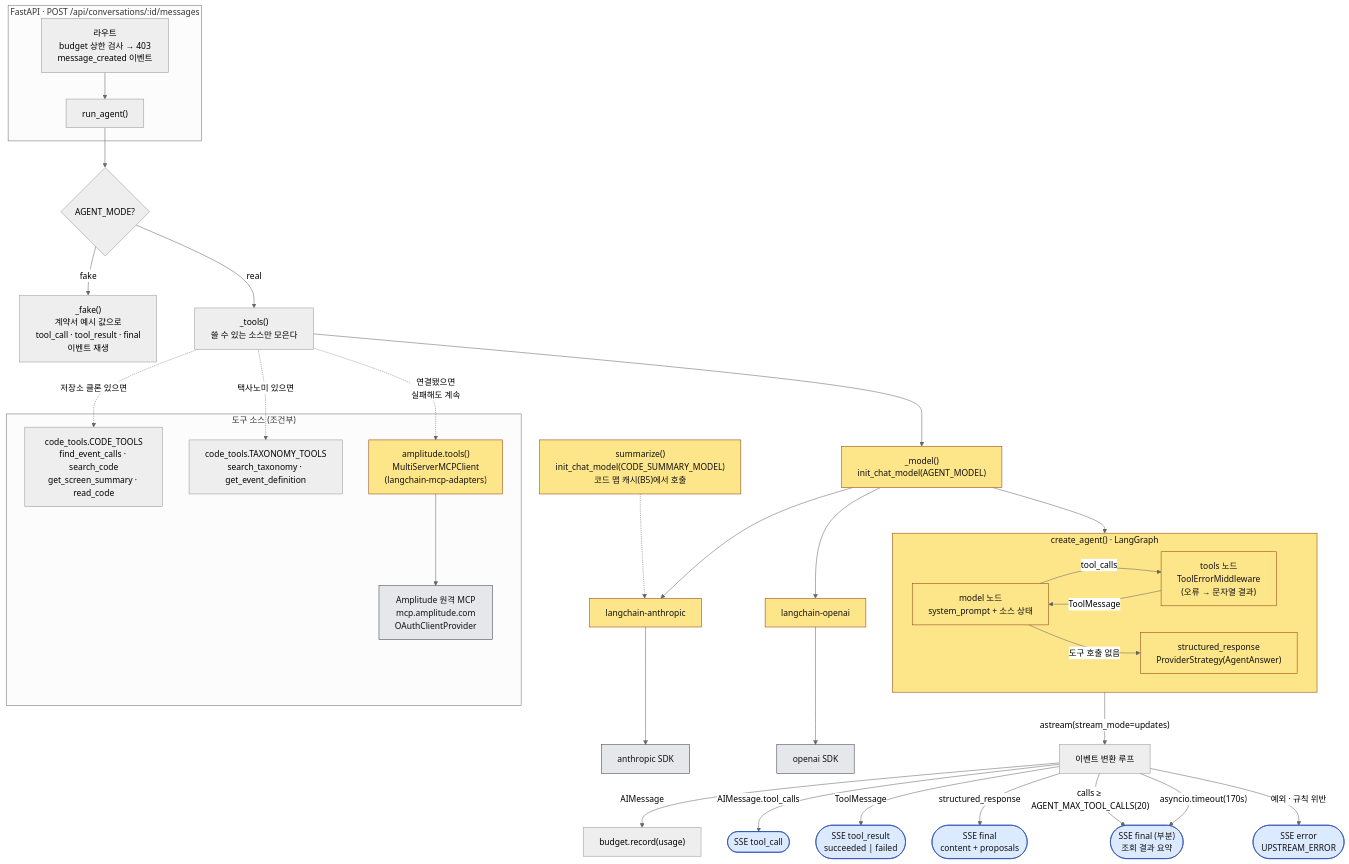
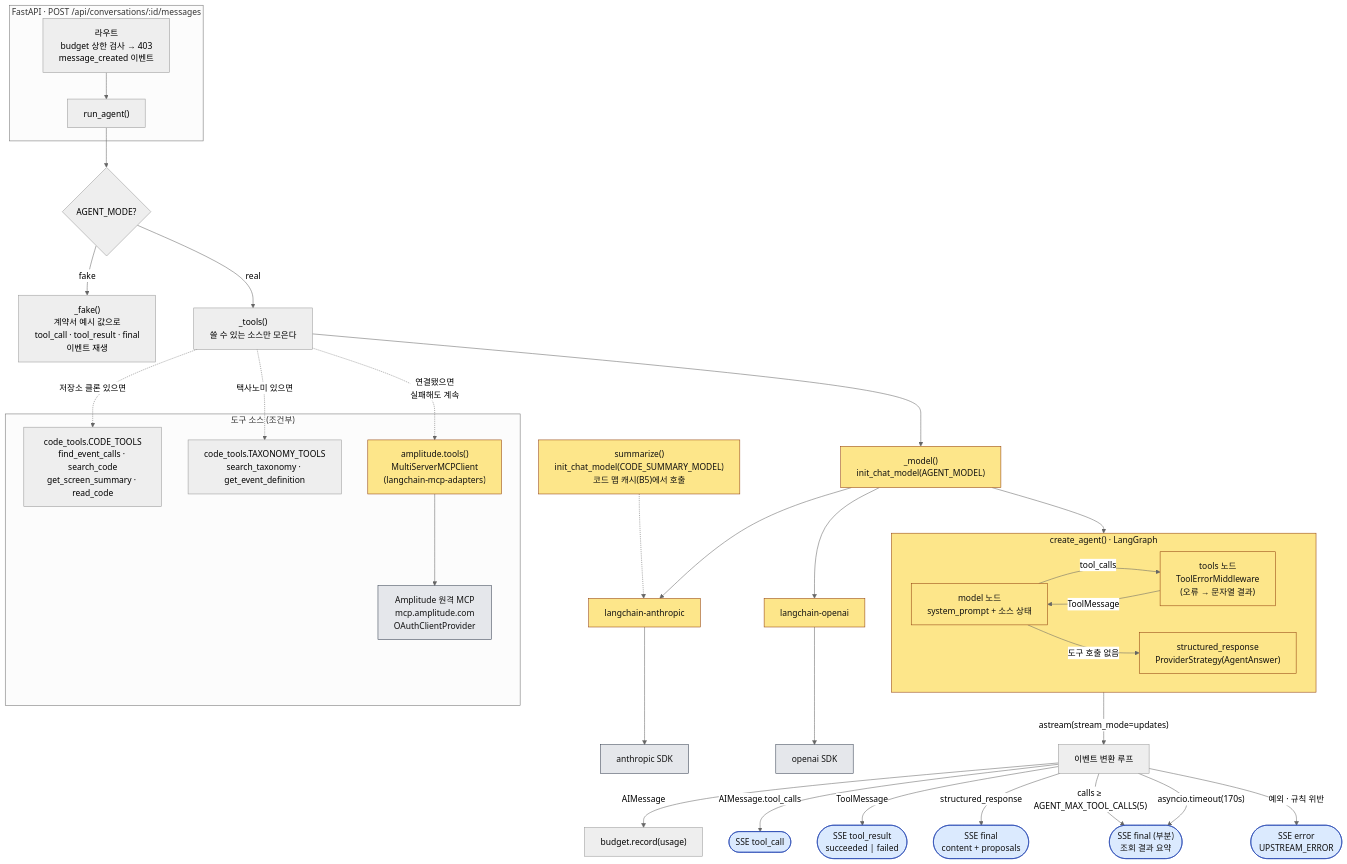
The diagram in docs/architecture/agent-loop-langchain.mmd (team-skyjs/kbap-pm-agent), drawn with Mermaid (neutral theme) before and after one commit. The commit also changed 13 other files, not shown here.

```diff
--- a/docs/architecture/agent-loop-langchain.mmd
+++ b/docs/architecture/agent-loop-langchain.mmd
@@ -1,49 +1,49 @@
 flowchart TD
     subgraph API["FastAPI · POST /api/conversations/:id/messages"]
         R["라우트<br/>budget 상한 검사 → 403<br/>message_created 이벤트"] --> RA["run_agent()"]
     end
 
     RA --> MODE{"AGENT_MODE?"}
     MODE -- fake --> FAKE["_fake()<br/>계약서 예시 값으로<br/>tool_call · tool_result · final<br/>이벤트 재생"]
     MODE -- real --> TOOLS["_tools()<br/>쓸 수 있는 소스만 모은다"]
 
     subgraph SRC["도구 소스 (조건부)"]
         CODE["code_tools.CODE_TOOLS<br/>find_event_calls · search_code<br/>get_screen_summary · read_code"]
         TAX["code_tools.TAXONOMY_TOOLS<br/>search_taxonomy · get_event_definition"]
         AMP["amplitude.tools()<br/>MultiServerMCPClient<br/>(langchain-mcp-adapters)"]
         AMP --> MCP["Amplitude 원격 MCP<br/>mcp.amplitude.com<br/>OAuthClientProvider"]
     end
     TOOLS -. 저장소 클론 있으면 .-> CODE
     TOOLS -. 택사노미 있으면 .-> TAX
     TOOLS -. 연결됐으면<br/>실패해도 계속 .-> AMP
 
     TOOLS --> MODEL["_model()<br/>init_chat_model(AGENT_MODEL)"]
     MODEL --> LCA["langchain-anthropic"] --> SDKA["anthropic SDK"]
     MODEL --> LCO["langchain-openai"] --> SDKO["openai SDK"]
 
     MODEL --> GRAPH
     subgraph GRAPH["create_agent() · LangGraph"]
         direction LR
         M["model 노드<br/>system_prompt + 소스 상태"] -- tool_calls --> T["tools 노드<br/>ToolErrorMiddleware<br/>(오류 → 문자열 결과)"]
         T -- ToolMessage --> M
         M -- 도구 호출 없음 --> SR["structured_response<br/>ProviderStrategy(AgentAnswer)"]
     end
 
     GRAPH -- "astream(stream_mode=updates)" --> LOOP["이벤트 변환 루프"]
     LOOP -- "AIMessage" --> U["budget.record(usage)"]
     LOOP -- "AIMessage.tool_calls" --> TC(["SSE tool_call"])
     LOOP -- "ToolMessage" --> TR(["SSE tool_result<br/>succeeded | failed"])
     LOOP -- "structured_response" --> FIN(["SSE final<br/>content + proposals"])
 
-    LOOP -- "calls ≥ AGENT_MAX_TOOL_CALLS(20)" --> PART(["SSE final (부분)<br/>조회 결과 요약"])
+    LOOP -- "calls ≥ AGENT_MAX_TOOL_CALLS(5)" --> PART(["SSE final (부분)<br/>조회 결과 요약"])
     LOOP -- "asyncio.timeout(170s)" --> PART
     LOOP -- "예외 · 규칙 위반" --> ERR(["SSE error<br/>UPSTREAM_ERROR"])
 
     SUM["summarize()<br/>init_chat_model(CODE_SUMMARY_MODEL)<br/>코드 맵 캐시(B5)에서 호출"] -.-> LCA
 
     classDef lc fill:#fde68a,stroke:#92400e,color:#111
     classDef out fill:#dbeafe,stroke:#1e40af,color:#111
     classDef ext fill:#e5e7eb,stroke:#374151,color:#111
     class MODEL,LCA,LCO,GRAPH,M,T,SR,AMP,SUM lc
     class TC,TR,FIN,PART,ERR out
     class SDKA,SDKO,MCP ext
```
